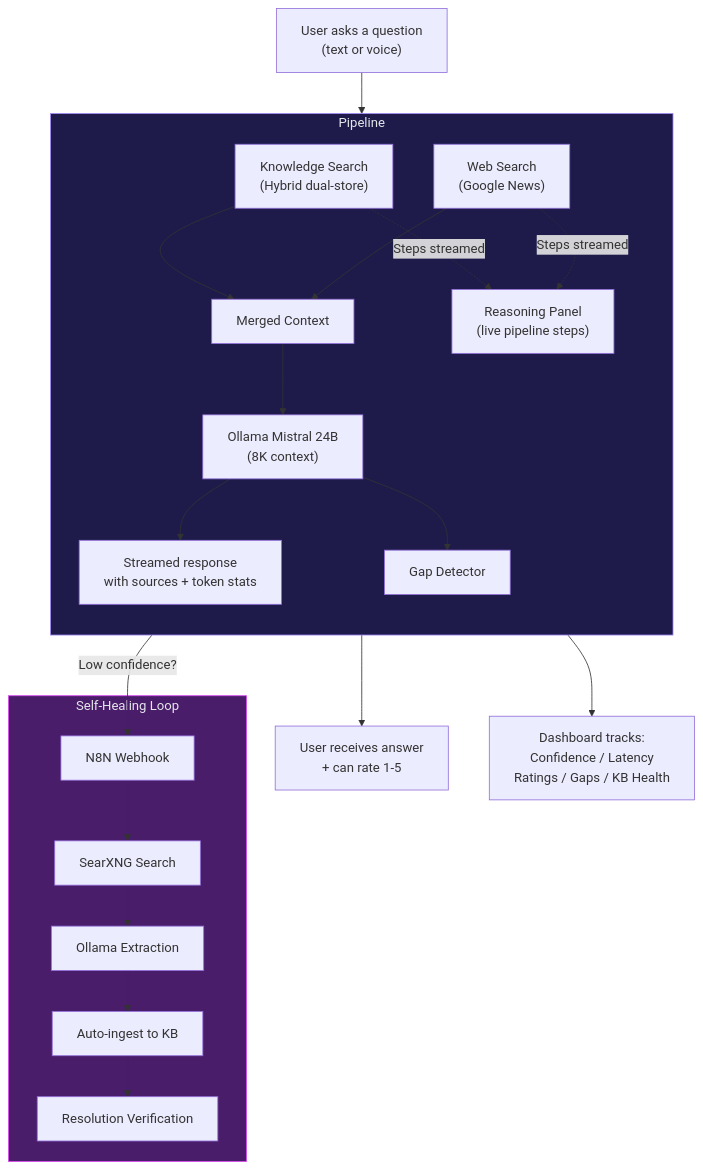
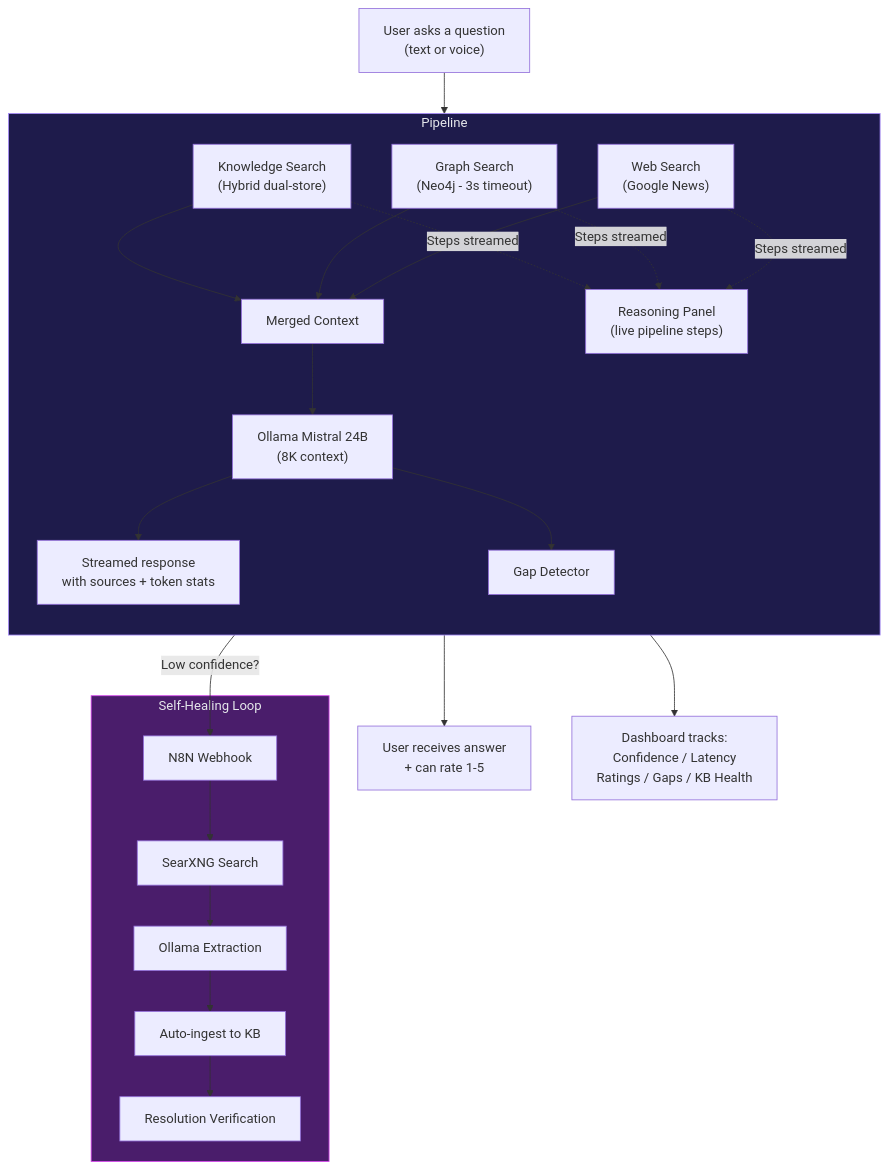
Before and after one commit to sebdallais-git/PharmaCyberLLM: the first of 9 diagrams in README.md, drawn with Mermaid. The commit also changed other lines of this file and 1 other file, not shown here.

First line of the commit message:
docs: update README with Neo4j Graph RAG, update news agent for triple-store ingestion

````diff
--- a/README.md
+++ b/README.md
@@ -121,30 +148,32 @@
 ```mermaid
 flowchart TD
     Q["User asks a question\n(text or voice)"] --> P["PharmaCyberLLM Pipeline"]
 
     subgraph P["Pipeline"]
         direction TB
         KS["Knowledge Search\n(Hybrid dual-store)"] --> MC["Merged Context"]
+        GS["Graph Search\n(Neo4j - 3s timeout)"] --> MC
         WS["Web Search\n(Google News)"] --> MC
         KS -.->|Steps streamed| REASON["Reasoning Panel\n(live pipeline steps)"]
+        GS -.->|Steps streamed| REASON
         WS -.->|Steps streamed| REASON
         MC --> LLM["Ollama Mistral 24B\n(8K context)"]
         LLM --> RESP["Streamed response\nwith sources + token stats"]
         LLM --> GD["Gap Detector"]
     end
 
     GD -->|Low confidence?| N8N["N8N Webhook"]
 
     subgraph HEAL["Self-Healing Loop"]
         N8N --> SEARX["SearXNG Search"]
         SEARX --> EXTRACT["Ollama Extraction"]
         EXTRACT --> INGEST["Auto-ingest to KB"]
         INGEST --> VERIFY["Resolution Verification"]
     end
 
     RESP --> USER["User receives answer\n+ can rate 1-5"]
     RESP --> DASH["Dashboard tracks:\nConfidence / Latency\nRatings / Gaps / KB Health"]
 
     style P fill:#1e1b4b,stroke:#a78bfa,color:#e5e7eb
     style HEAL fill:#4a1d6b,stroke:#d946ef,color:#e5e7eb
 ```
````
